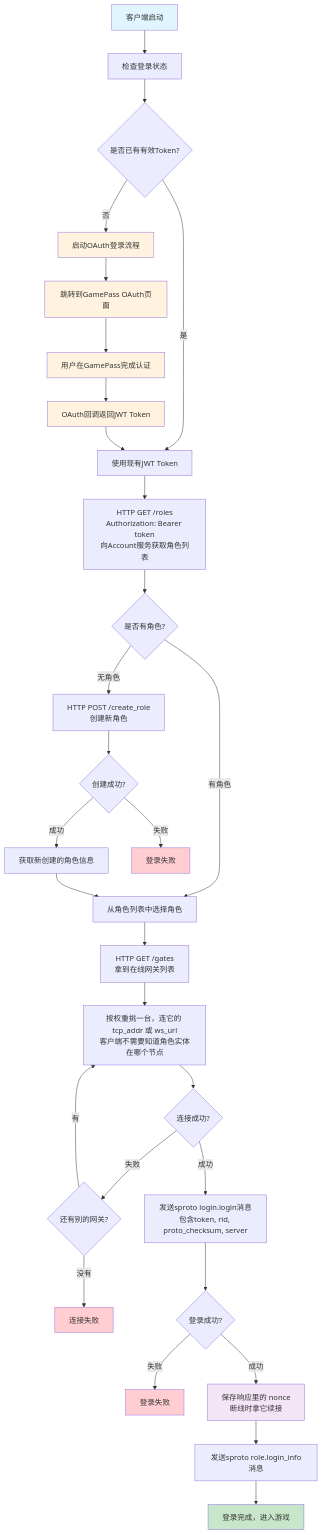
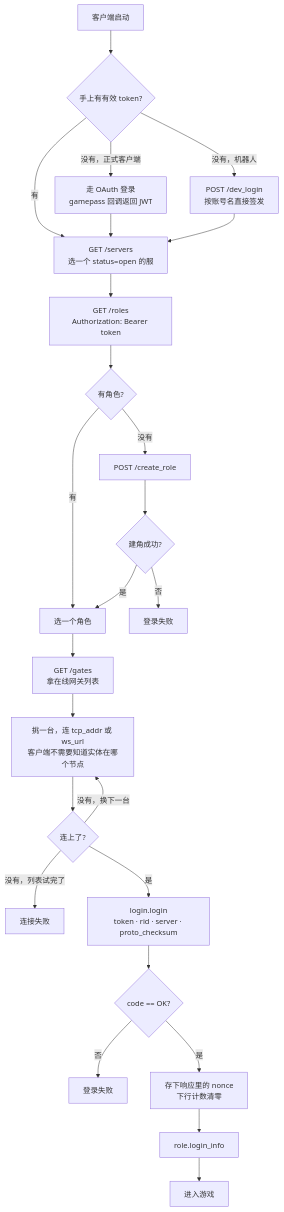
One commit to hanxi/skyext changed the first of 3 diagrams in docs/guide/login_diagram.md. Above: the diagram before and after it, drawn with Mermaid. The commit also changed other lines of this file and 30 other files, not shown here.

First line of the commit message:
docs: 全面对照代码核对文档，统一用 mermaid 图并去重

````diff
--- a/docs/guide/login_diagram.md
+++ b/docs/guide/login_diagram.md
@@ -16,52 +14,29 @@
 ```mermaid
 flowchart TD
-    A[客户端启动] --> B[检查登录状态]
-    B --> C{是否已有有效Token?}
+    A[客户端启动] --> C{手上有有效 token?}
+    C -->|没有，正式客户端| D["走 OAuth 登录<br/>gamepass 回调返回 JWT"]
+    C -->|没有，机器人| D2["POST /dev_login<br/>按账号名直接签发"]
+    C -->|有| SV
+    D --> SV
+    D2 --> SV
 
-    C -->|否| D[启动OAuth登录流程]
-    C -->|是| H[使用现有JWT Token]
+    SV["GET /servers<br/>选一个 status=open 的服"] --> I["GET /roles<br/>Authorization: Bearer token"]
+    I --> J{有角色?}
+    J -->|有| K[选一个角色]
+    J -->|没有| L["POST /create_role"]
+    L --> M{建角成功?}
+    M -->|否| O[登录失败]
+    M -->|是| K
 
-    D --> E[跳转到GamePass OAuth页面]
-    E --> F[用户在GamePass完成认证]
-    F --> G[OAuth回调返回JWT Token]
-    G --> H
+    K --> GL["GET /gates<br/>拿在线网关列表"]
+    GL --> P["挑一台，连 tcp_addr 或 ws_url<br/>客户端不需要知道实体在哪个节点"]
+    P --> S{连上了?}
+    S -->|没有，换下一台| P
+    S -->|没有，列表试完了| T[连接失败]
+    S -->|是| U["login.login<br/>token · rid · server · proto_checksum"]
 
-    H --> I["HTTP GET /roles<br/>Authorization: Bearer token<br/>向Account服务获取角色列表"]
-
-    I --> J{是否有角色?}
-
-    J -->|有角色| K[从角色列表中选择角色]
-    J -->|无角色| L[HTTP POST /create_role<br/>创建新角色]
-
-    L --> M{创建成功?}
-    M -->|成功| N[获取新创建的角色信息]
-    M -->|失败| O[登录失败]
-
-    N --> K
-    K --> GL["HTTP GET /gates<br/>拿到在线网关列表"]
-    GL --> P["按权重挑一台，连它的 tcp_addr 或 ws_url<br/>客户端不需要知道角色实体在哪个节点"]
-
-    P --> S{连接成功?}
-    S -->|失败| S2{还有别的网关?}
-    S2 -->|有| P
-    S2 -->|没有| T[连接失败]
-    S -->|成功| U[发送sproto login.login消息<br/>包含token, rid, proto_checksum, server]
-
-    U --> V{登录成功?}
-    V -->|失败| W[登录失败]
-    V -->|成功| NC[保存响应里的 nonce<br/>断线时拿它续接]
-
-    NC --> X[发送sproto role.login_info消息]
-    X --> Y[登录完成，进入游戏]
-
-    style A fill:#e1f5fe
-    style Y fill:#c8e6c9
-    style O fill:#ffcdd2
-    style T fill:#ffcdd2
-    style W fill:#ffcdd2
-    style D fill:#fff3e0
-    style E fill:#fff3e0
-    style F fill:#fff3e0
-    style G fill:#fff3e0
-    style NC fill:#f3e5f5
+    U --> V{code == OK?}
+    V -->|否| W[登录失败]
+    V -->|是| NC["存下响应里的 nonce<br/>下行计数清零"]
+    NC --> X["role.login_info"] --> Y[进入游戏]
 ```
````
